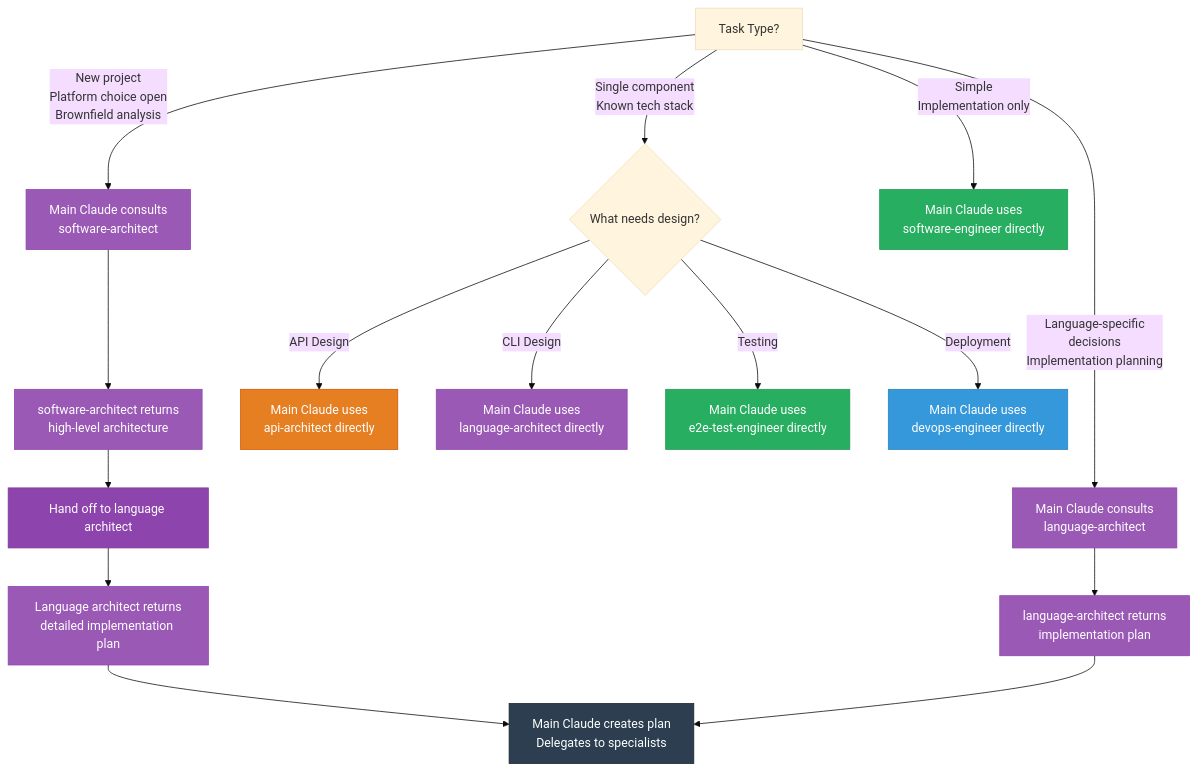
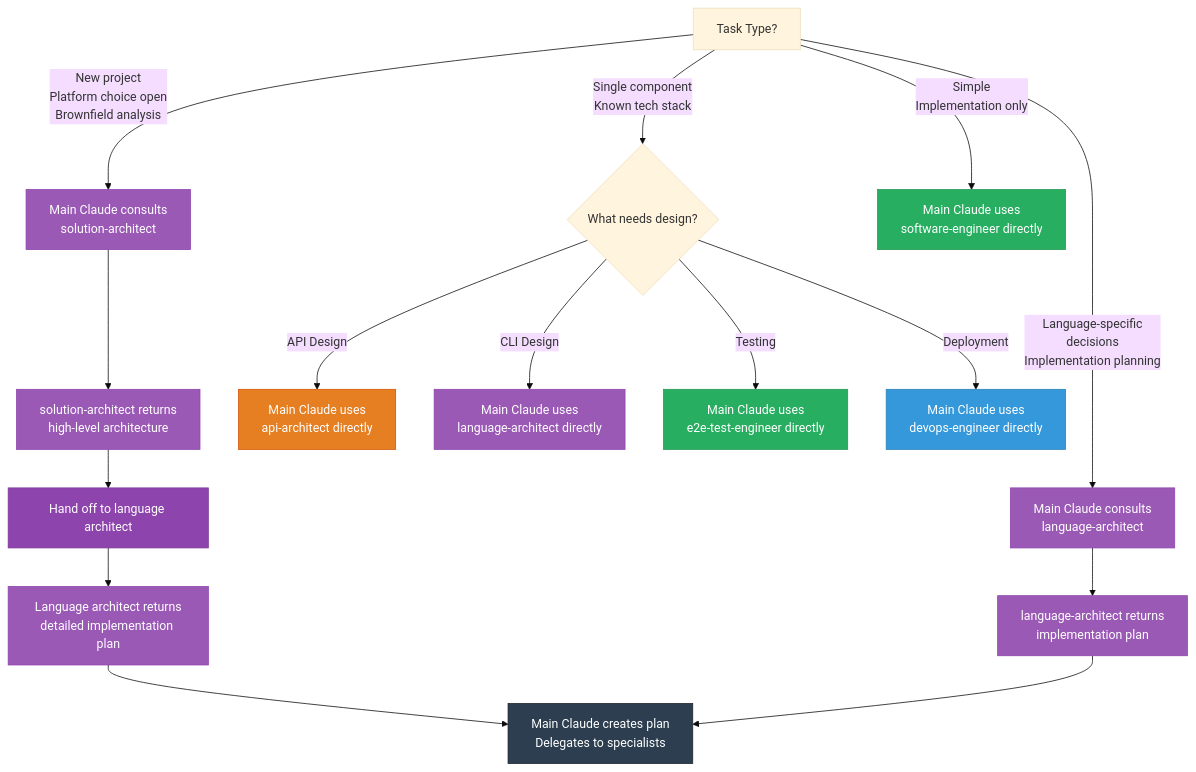
The tenth of 10 diagrams in agents/ABOUT-THE-AGENTS.md (twistingmercury/claude-code-setup), drawn with Mermaid (base theme) before and after one commit. The commit also changed other lines of this file and 20 other files, not shown here.

````diff
--- a/agents/ABOUT-THE-AGENTS.md
+++ b/agents/ABOUT-THE-AGENTS.md
@@ -639,35 +389,35 @@
 ```mermaid
 graph TD
 Start[Task Type?]
-Start -->|New project<br/>Platform choice open<br/>Brownfield analysis| SoftArch[Main Claude consults<br/>software-architect]
+Start -->|New project<br/>Platform choice open<br/>Brownfield analysis| SoftArch[Main Claude consults<br/>solution-architect]
 Start -->|Language-specific<br/>decisions<br/>Implementation planning| LangArch[Main Claude consults<br/>language-architect]
 Start -->|Single component<br/>Known tech stack| Direct{What needs design?}
 Start -->|Simple<br/>Implementation only| Eng[Main Claude uses<br/>software-engineer directly]
 
-    SoftArch --> SoftRec[software-architect returns<br/>high-level architecture]
+    SoftArch --> SoftRec[solution-architect returns<br/>high-level architecture]
     SoftRec --> HandOff[Hand off to language architect]
     HandOff --> LangRec[Language architect returns<br/>detailed implementation plan]
     LangRec --> Plan[Main Claude creates plan<br/>Delegates to specialists]
 
     LangArch --> LangPlan[language-architect returns<br/>implementation plan]
     LangPlan --> Plan
 
     Direct -->|API Design| API[Main Claude uses<br/>api-architect directly]
     Direct -->|CLI Design| CLI[Main Claude uses<br/>language-architect directly]
     Direct -->|Testing| E2E[Main Claude uses<br/>e2e-test-engineer directly]
     Direct -->|Deployment| DevOps[Main Claude uses<br/>devops-engineer directly]
 
     style SoftArch fill:#9b59b6,stroke:#8e44ad,color:#fff
     style LangArch fill:#9b59b6,stroke:#8e44ad,color:#fff
     style Eng fill:#27ae60,stroke:#229954,color:#fff
     style API fill:#e67e22,stroke:#d35400,color:#fff
     style CLI fill:#9b59b6,stroke:#8e44ad,color:#fff
     style E2E fill:#27ae60,stroke:#229954,color:#fff
     style DevOps fill:#3498db,stroke:#2980b9,color:#fff
     style SoftRec fill:#9b59b6,stroke:#8e44ad,color:#fff
     style LangPlan fill:#9b59b6,stroke:#8e44ad,color:#fff
     style HandOff fill:#8e44ad,stroke:#7d3c98,color:#fff
     style LangRec fill:#9b59b6,stroke:#8e44ad,color:#fff
     style Plan fill:#2c3e50,stroke:#1a252f,color:#fff
 
 ```
````
